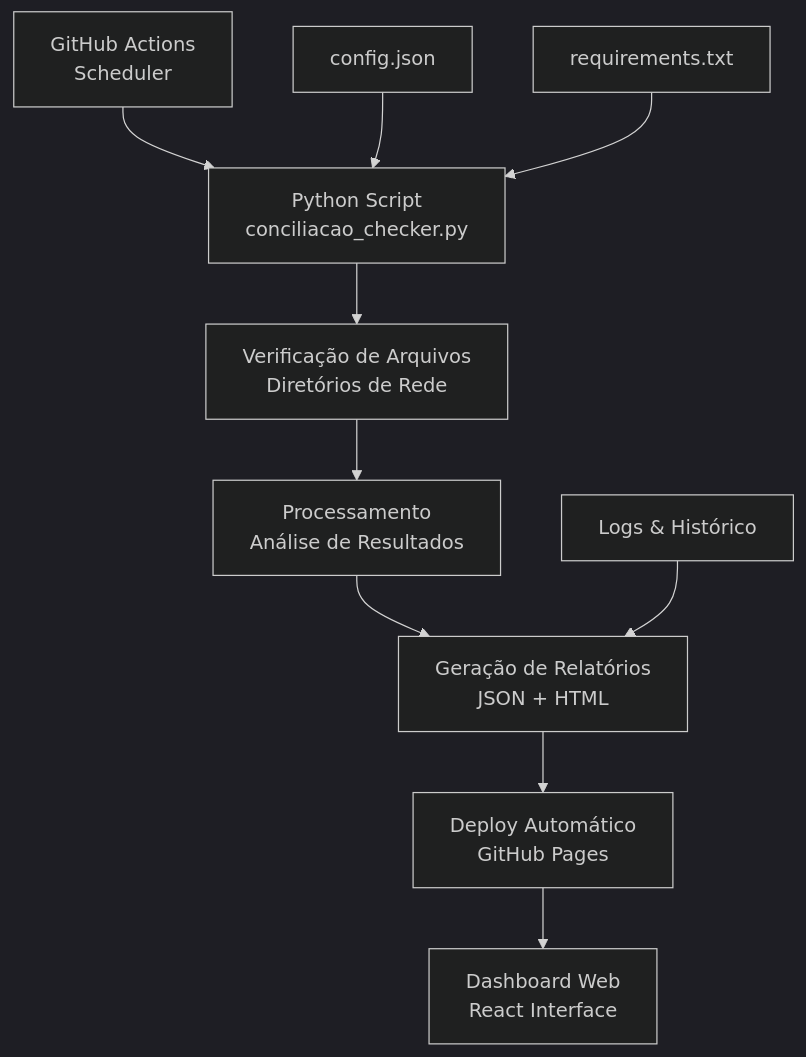
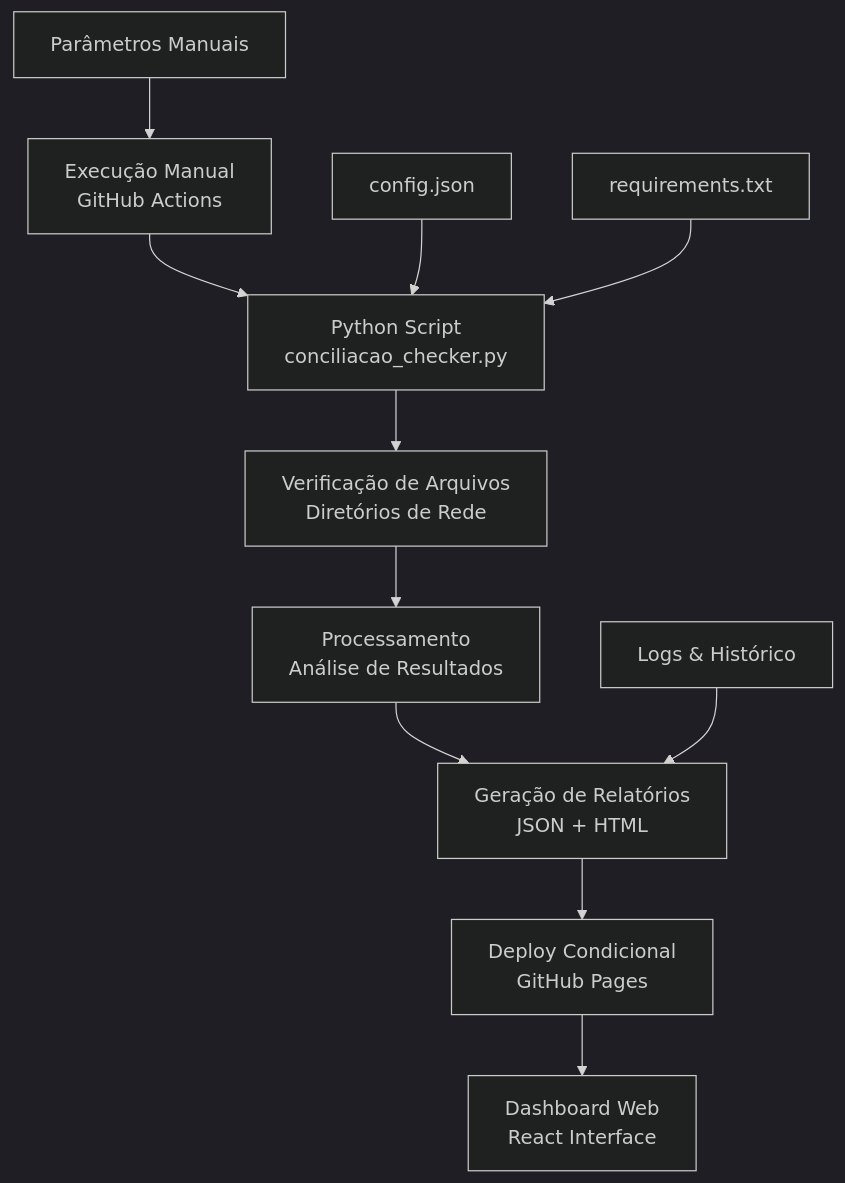
Before and after one commit to LeonardoMedicis/Galapagos-capital: the diagram in automacao-conciliacoes/README.md, drawn with Mermaid (dark theme). The commit also changed other lines of this file and 2 other files, not shown here.

First line of the commit message:
🎯 Conversão para Execução Manual e Sob Demanda

````diff
--- a/automacao-conciliacoes/README.md
+++ b/automacao-conciliacoes/README.md
@@ -75,13 +78,14 @@
 ```mermaid
 graph TB
-    A[GitHub Actions<br/>Scheduler] --> B[Python Script<br/>conciliacao_checker.py]
+    A[Execução Manual<br/>GitHub Actions] --> B[Python Script<br/>conciliacao_checker.py]
     B --> C[Verificação de Arquivos<br/>Diretórios de Rede]
     C --> D[Processamento<br/>Análise de Resultados]
     D --> E[Geração de Relatórios<br/>JSON + HTML]
-    E --> F[Deploy Automático<br/>GitHub Pages]
+    E --> F[Deploy Condicional<br/>GitHub Pages]
     F --> G[Dashboard Web<br/>React Interface]
     
     H[config.json] --> B
     I[requirements.txt] --> B
     J[Logs & Histórico] --> E
+    K[Parâmetros Manuais] --> A
 ```
````
